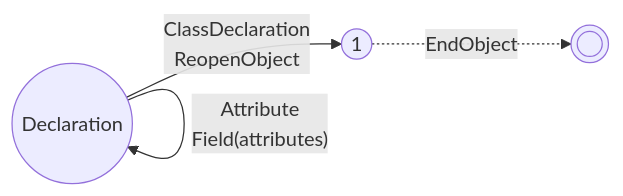
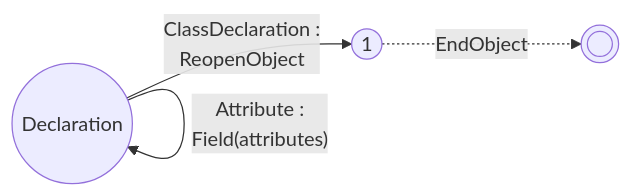
Diagram 19 of 20 in Blog/GLR-Refactoring/Mermaid.md (vczh-websites/vczh), drawn with Mermaid before and after one commit. The commit also changed other lines of this file, not shown here.

````diff
--- a/Blog/GLR-Refactoring/Mermaid.md
+++ b/Blog/GLR-Refactoring/Mermaid.md
@@ -542,8 +542,8 @@
 ```mermaid
 graph LR
-  S((Declaration))-- ClassDeclaration
-ReopenObject -->1
-  S-- Attribute
+  S((Declaration))-- ClassDeclaration :
+    ReopenObject -->1
+  S-- Attribute :
     Field(attributes) -->S
   1((1))-. EndObject .->E((( )))
 ```
````
